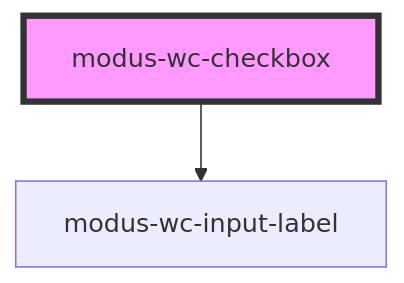
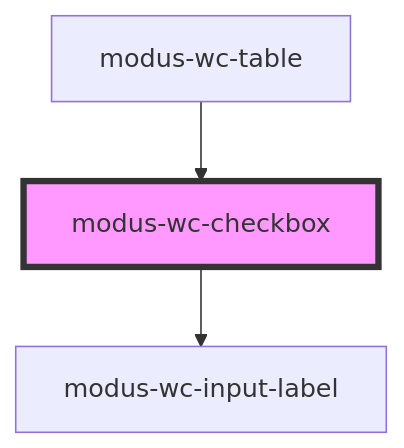
One commit to trimble-oss/modus-wc-2.0 changed the diagram in src/components/modus-wc-checkbox/readme.md. Above: the diagram before and after it, drawn with Mermaid. The commit also changed other lines of this file and 8 other files, not shown here.

````diff
--- a/src/components/modus-wc-checkbox/readme.md
+++ b/src/components/modus-wc-checkbox/readme.md
@@ -46,5 +50,6 @@
 ```mermaid
 graph TD;
   modus-wc-checkbox --> modus-wc-input-label
+  modus-wc-table --> modus-wc-checkbox
   style modus-wc-checkbox fill:#f9f,stroke:#333,stroke-width:4px
 ```
````
